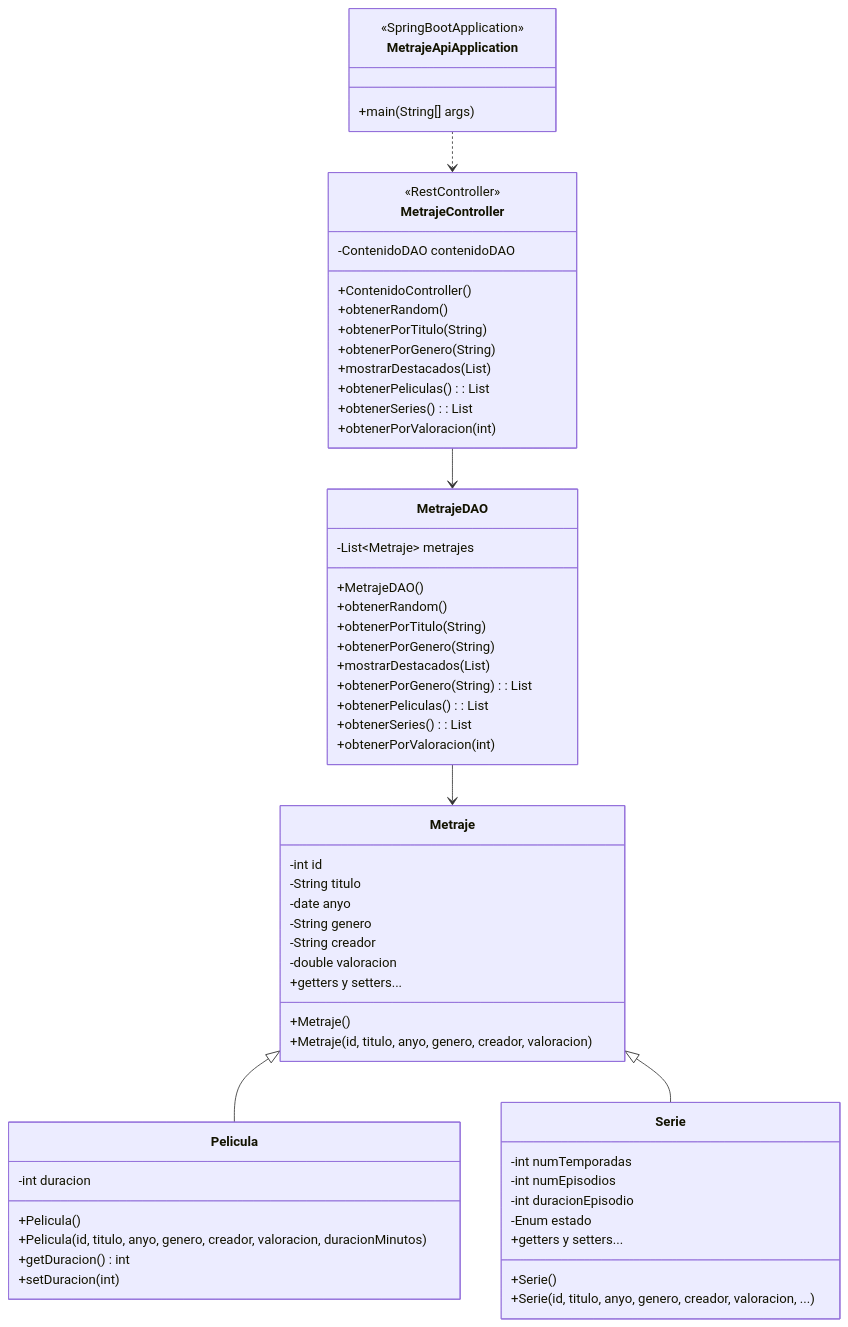
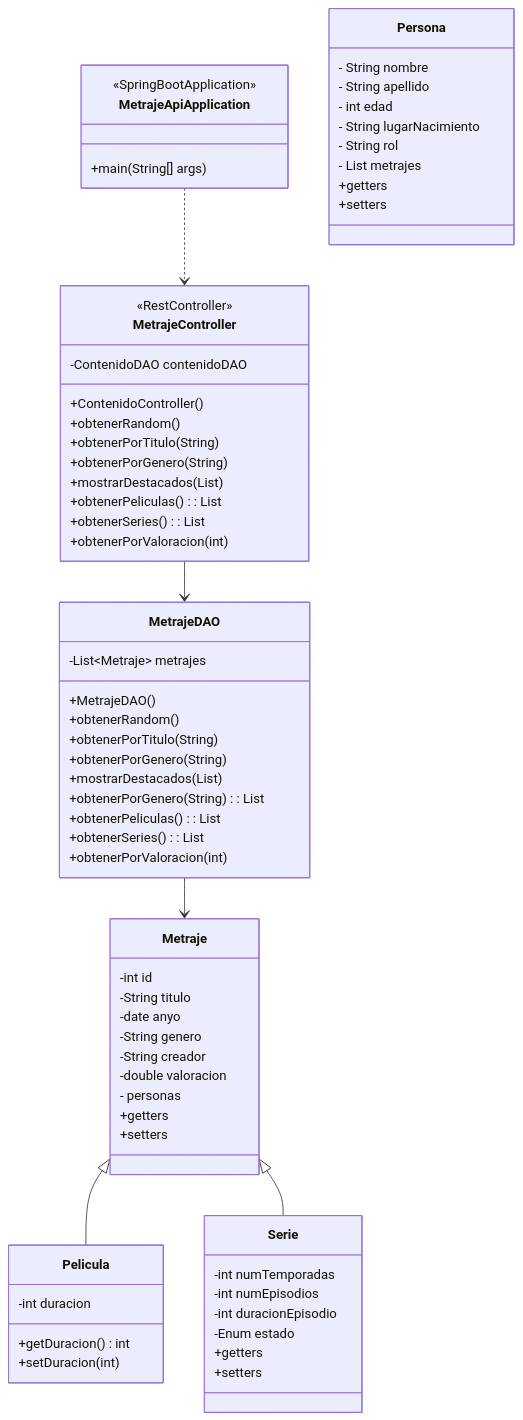
The diagram in diseño/diagrama_clase.md (JesusCanas/PlotTwist), drawn with Mermaid before and after one commit.

Commit message:
subir diseño de diagramas de clase

````diff
--- a/diseño/diagrama_clase.md
+++ b/diseño/diagrama_clase.md
@@ -2,69 +2,75 @@
 ```mermaid
 classDiagram
     class Metraje{
         -int id
         -String titulo
         -date anyo
         -String genero
         -String creador
         -double valoracion
-        +Metraje()
-        +Metraje(id, titulo, anyo, genero, creador, valoracion)
-        +getters y setters...
+        -<List Persona> personas
+        +getters
+        +setters
     }
 
     class Pelicula {
         -int duracion
-        +Pelicula()
-        +Pelicula(id, titulo, anyo, genero, creador, valoracion, duracionMinutos)
         +getDuracion() int
         +setDuracion(int)
     }
 
     class Serie {
         -int numTemporadas
         -int numEpisodios
         -int duracionEpisodio
         -Enum estado
-        +Serie()
-        +Serie(id, titulo, anyo, genero, creador, valoracion, ...)
-        +getters y setters...
+        +getters
+        +setters
     }
 
     class  MetrajeDAO {
         -List~Metraje~ metrajes
         +MetrajeDAO()
         +obtenerRandom() 
         +obtenerPorTitulo(String) 
         +obtenerPorGenero(String)
         +mostrarDestacados(List<Metraje>)
         +obtenerPorGenero(String) : List<Contenido>
         +obtenerPeliculas() : List<Pelicula>
         +obtenerSeries() : List<Serie>
         +obtenerPorValoracion(int)
     }
 
     class MetrajeController {
         <<RestController>>
         -ContenidoDAO contenidoDAO
         +ContenidoController()
         +obtenerRandom()
         +obtenerPorTitulo(String)
         +obtenerPorGenero(String) 
         +mostrarDestacados(List<Metraje>)
         +obtenerPeliculas() : List<Pelicula>
         +obtenerSeries() : List<Serie>
         +obtenerPorValoracion(int)
     }
 
     class MetrajeApiApplication {
         <<SpringBootApplication>>
         +main(String[] args)
     }
-
+    class Persona {
+        - String nombre
+        - String apellido
+        - int edad
+        - String lugarNacimiento
+        - String rol
+        - List<Metraje>  metrajes
+        +getters
+        +setters
+    }
     Metraje <|-- Pelicula
     Metraje <|-- Serie 
     MetrajeDAO --> Metraje 
     MetrajeController --> MetrajeDAO 
     MetrajeApiApplication ..> MetrajeController 
 ```
````
